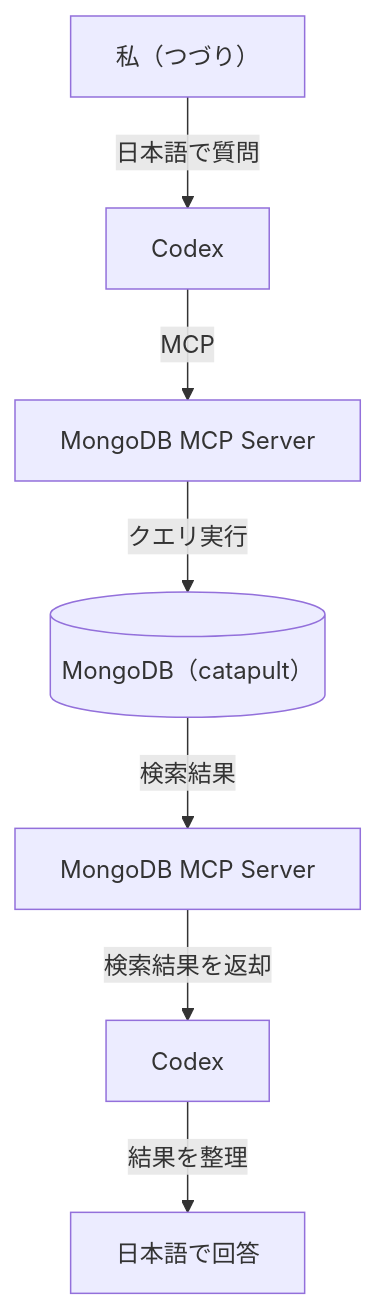
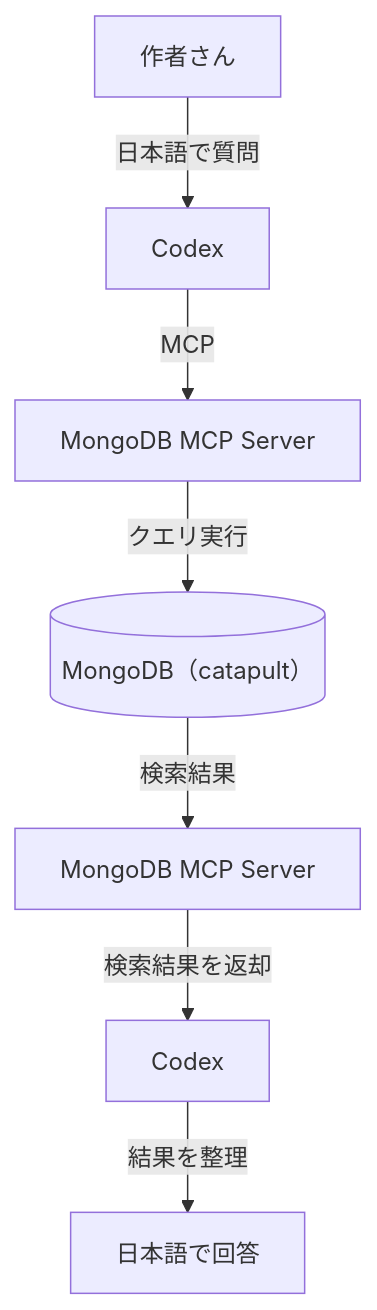
Before and after one commit to ccHarvestasya/qiita-tsuduri: the first of 2 diagrams in public/2026-advent-shinonome-01-symbol-mongodb-codex-mcp.md, drawn with Mermaid. The commit also changed other lines of this file, not shown here.

````diff
--- a/public/2026-advent-shinonome-01-symbol-mongodb-codex-mcp.md
+++ b/public/2026-advent-shinonome-01-symbol-mongodb-codex-mcp.md
@@ -71,9 +75,9 @@
 ```mermaid
 flowchart TD
-    A["私（つづり）"] -->|日本語で質問| B[Codex]
+    A["作者さん"] -->|日本語で質問| B[Codex]
     B -->|MCP| C[MongoDB MCP Server]
     C -->|クエリ実行| D[("MongoDB（catapult）")]
     D -->|検索結果| E[MongoDB MCP Server]
     E -->|検索結果を返却| F[Codex]
     F -->|結果を整理| G[日本語で回答]
 ```
````
